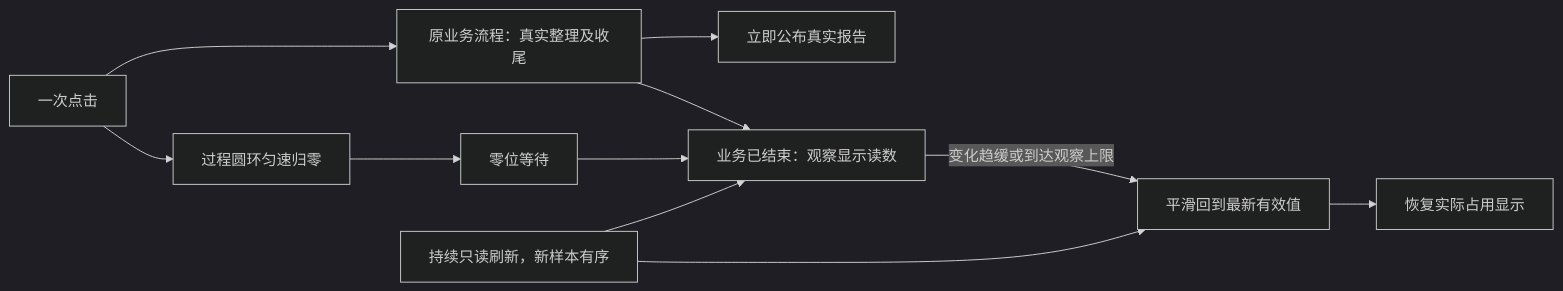
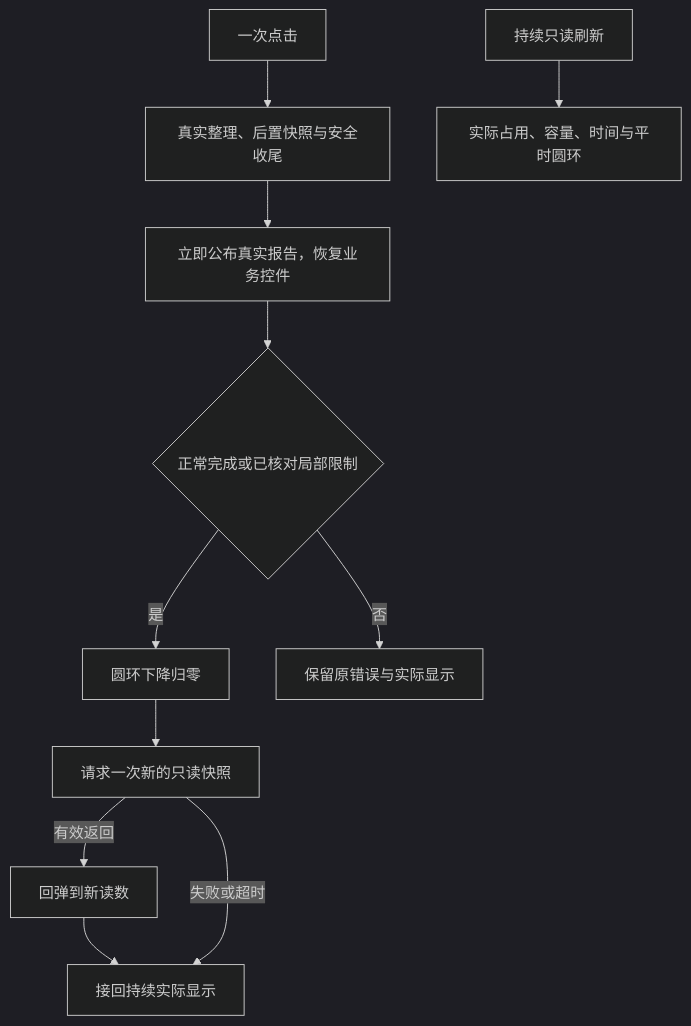
Before and after one commit to DreamSoul-AI/cpu-memory-cleanup: diagram 16 of 16 in docs/架构设计 Architecture Design CPU 内存清理.md, drawn with Mermaid (dark theme). The commit also changed other lines of this file and 12 other files, not shown here.

````diff
--- a/docs/架构设计 Architecture Design CPU 内存清理.md
+++ b/docs/架构设计 Architecture Design CPU 内存清理.md
@@ -613,13 +613,13 @@
 ```mermaid
-flowchart LR
-    CLICK["一次点击"] --> TASK["原业务流程：真实整理及收尾"]
-    CLICK --> ZERO["过程圆环匀速归零"]
-    ZERO --> WAIT["零位等待"]
-    TASK --> RESULT["立即公布真实报告"]
-    TASK --> OBSERVE["业务已结束：观察显示读数"]
-    WAIT --> OBSERVE
-    READ["持续只读刷新，新样本有序"] --> OBSERVE
-    OBSERVE -->|变化趋缓或到达观察上限| BACK["平滑回到最新有效值"]
-    READ --> BACK
-    BACK --> LIVE["恢复实际占用显示"]
+flowchart TD
+    CLICK["一次点击"] --> TASK["真实整理、后置快照与安全收尾"]
+    READ["持续只读刷新"] --> ACTUAL["实际占用、容量、时间与平时圆环"]
+    TASK --> RESULT["立即公布真实报告，恢复业务控件"]
+    RESULT --> OK{"正常完成或已核对局部限制"}
+    OK -->|是| DOWN["圆环下降归零"]
+    DOWN --> FRESH["请求一次新的只读快照"]
+    FRESH -->|有效返回| BACK["回弹到新读数"]
+    BACK --> LIVE["接回持续实际显示"]
+    FRESH -->|失败或超时| LIVE
+    OK -->|否| ERROR["保留原错误与实际显示"]
 ```
````
